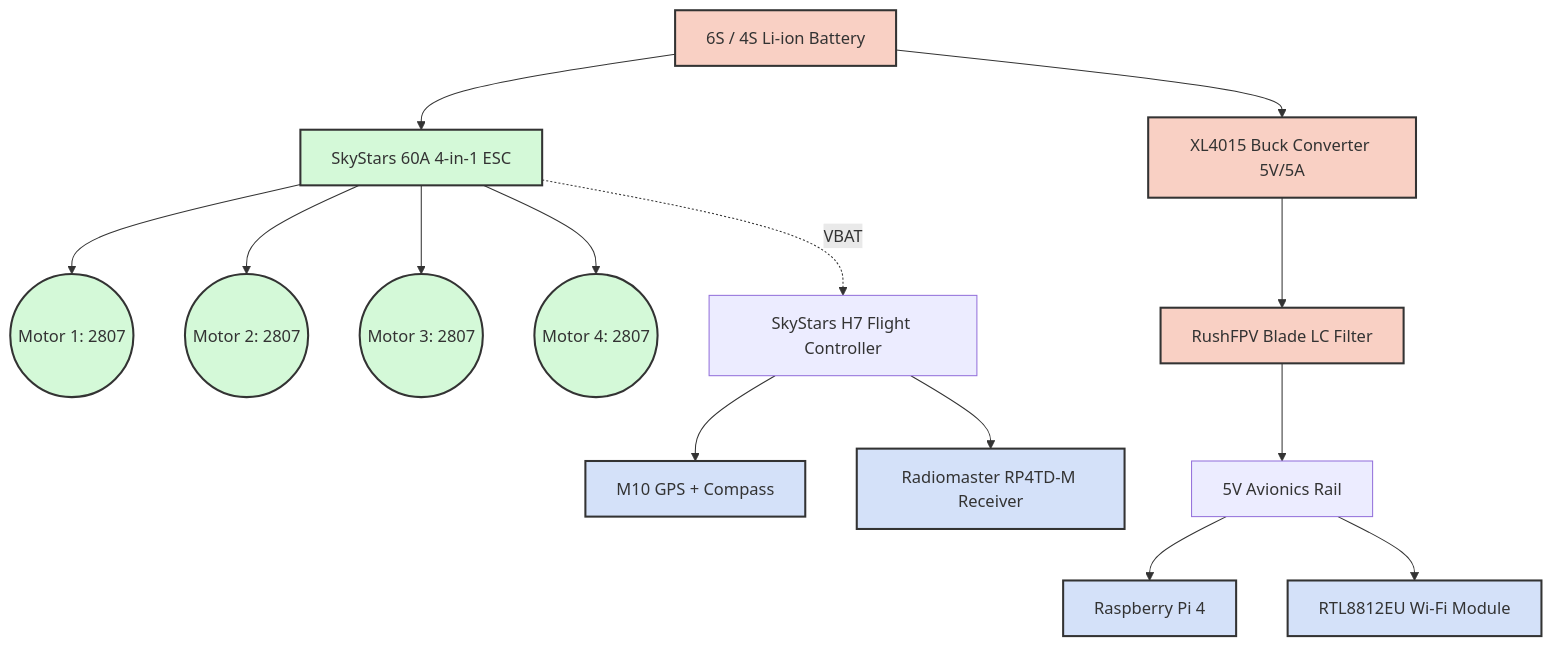
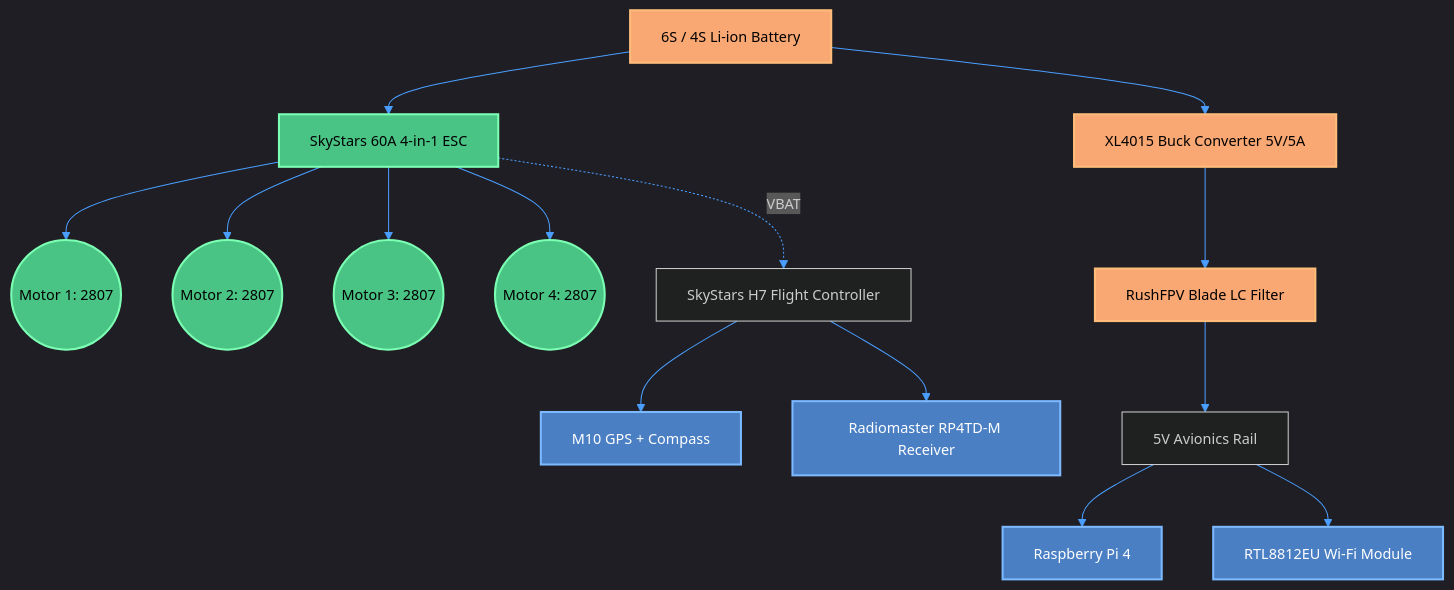
The first of 3 diagrams in docs/Power_Consumption_and_Budget.md (ironLegion88/Autonomous-UAV), drawn with Mermaid before and after one commit. The commit also changed other lines of this file and 10 other files, not shown here.

Commit message:
docs: Improve Mermaid theming contrast

````diff
--- a/docs/Power_Consumption_and_Budget.md
+++ b/docs/Power_Consumption_and_Budget.md
@@ -18,28 +18,29 @@
 ```mermaid
+%%{init: {'theme': 'dark', 'themeVariables': {'fontSize': '14px', 'primaryColor': '#1e1e1e', 'primaryTextColor': '#ffffff', 'primaryBorderColor': '#4a9eff', 'lineColor': '#4a9eff'}, 'flowchart': {'useMaxWidth': true}}}%%
 flowchart TD
     BAT[6S / 4S Li-ion Battery] --> ESC[SkyStars 60A 4-in-1 ESC]
     BAT --> BUCK[XL4015 Buck Converter 5V/5A]
     
     ESC --> M1((Motor 1: 2807))
     ESC --> M2((Motor 2: 2807))
     ESC --> M3((Motor 3: 2807))
     ESC --> M4((Motor 4: 2807))
     ESC -.->|VBAT| FC[SkyStars H7 Flight Controller]
 
     BUCK --> FILTER[RushFPV Blade LC Filter]
     FILTER --> PI5V[5V Avionics Rail]
     
     PI5V --> PI[Raspberry Pi 4]
     PI5V --> WIFI[RTL8812EU Wi-Fi Module]
     
     FC --> GPS[M10 GPS + Compass]
     FC --> ELRS[Radiomaster RP4TD-M Receiver]
 
-    classDef power fill:#f9d0c4,stroke:#333,stroke-width:2px;
-    classDef avionics fill:#d4e1f9,stroke:#333,stroke-width:2px;
-    classDef propulsion fill:#d4f9d8,stroke:#333,stroke-width:2px;
+    classDef power fill:#f9a873,stroke:#ffbc7a,stroke-width:2px,color:#000000;
+    classDef avionics fill:#4a7fc4,stroke:#7cb9ff,stroke-width:2px,color:#ffffff;
+    classDef propulsion fill:#4ac485,stroke:#7cffb3,stroke-width:2px,color:#000000;
     
     class BAT,BUCK,FILTER power;
     class PI,WIFI,GPS,ELRS avionics;
     class ESC,M1,M2,M3,M4 propulsion;
 ```
````
